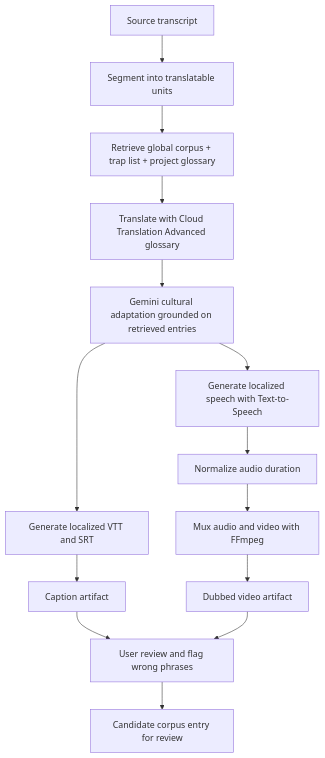
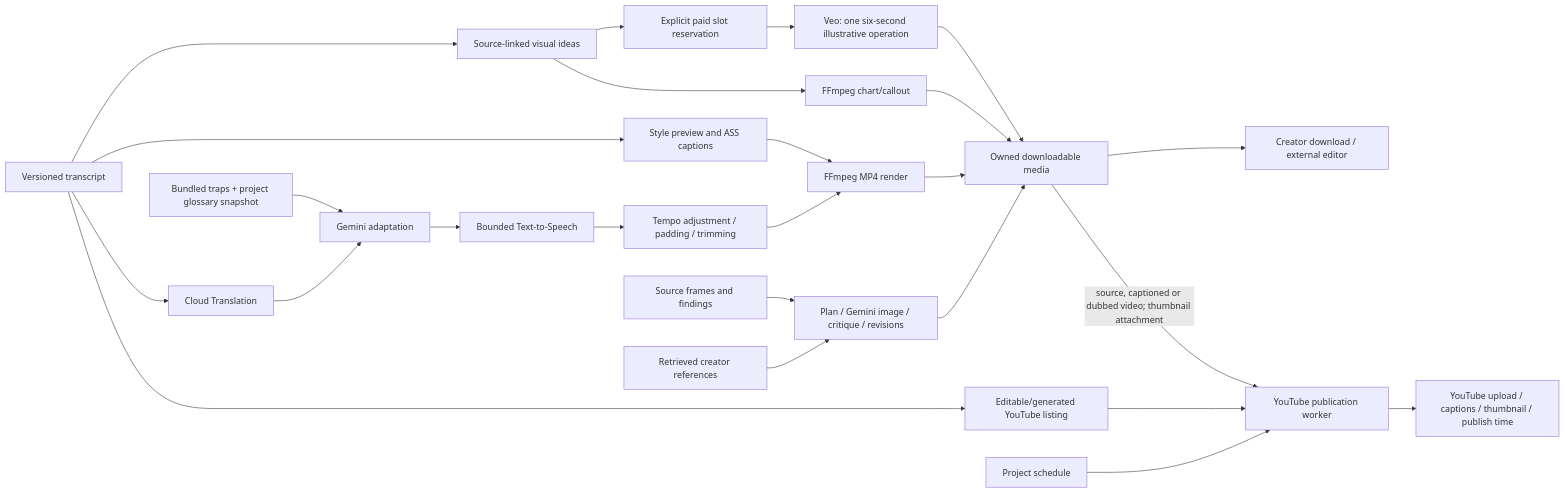
Before and after one commit to Saad-Surve/aibuildercup: the fourth of 5 diagrams in docs/technical-design/diagrams.md, drawn with Mermaid. The commit also changed other lines of this file and 34 other files, not shown here.

````diff
--- a/docs/technical-design/diagrams.md
+++ b/docs/technical-design/diagrams.md
@@ -204,16 +101,27 @@
-~~~mermaid
-flowchart TD
-    A[Source transcript] --> B[Segment into translatable units]
-    B --> R[Retrieve global corpus + trap list + project glossary]
-    R --> C[Translate with Cloud Translation Advanced glossary]
-    C --> D[Gemini cultural adaptation grounded on retrieved entries]
-    D --> E[Generate localized VTT and SRT]
-    D --> F[Generate localized speech with Text-to-Speech]
-    F --> G[Normalize audio duration]
-    G --> H[Mux audio and video with FFmpeg]
-    E --> I[Caption artifact]
-    H --> J[Dubbed video artifact]
-    I --> K[User review and flag wrong phrases]
-    J --> K
-    K --> L[Candidate corpus entry for review]
-~~~
+```mermaid
+flowchart LR
+    Transcript[Versioned transcript] --> Captions[Style preview and ASS captions]
+    Captions --> FFmpeg[FFmpeg MP4 render]
+    Transcript --> Translation[Cloud Translation]
+    Corpus[Bundled traps + project glossary snapshot] --> Adapt[Gemini adaptation]
+    Translation --> Adapt
+    Adapt --> TTS[Bounded Text-to-Speech]
+    TTS --> Timing[Tempo adjustment / padding / trimming]
+    Timing --> FFmpeg
+    Video[Source frames and findings] --> Thumb[Plan / Gemini image / critique / revisions]
+    History[Retrieved creator references] --> Thumb
+    Transcript --> Listing[Editable/generated YouTube listing]
+    Transcript --> Ideas[Source-linked visual ideas]
+    Ideas --> Graphic[FFmpeg chart/callout]
+    Ideas --> Paid[Explicit paid slot reservation]
+    Paid --> Veo[Veo: one six-second illustrative operation]
+    Veo --> Outputs[Owned downloadable media]
+    Graphic --> Outputs
+    FFmpeg --> Outputs
+    Thumb --> Outputs
+    Outputs --> Download[Creator download / external editor]
+    Outputs -->|source, captioned or dubbed video; thumbnail attachment| Publish[YouTube publication worker]
+    Listing --> Publish
+    Calendar[Project schedule] --> Publish
+    Publish --> YT[YouTube upload / captions / thumbnail / publish time]
+```
````
